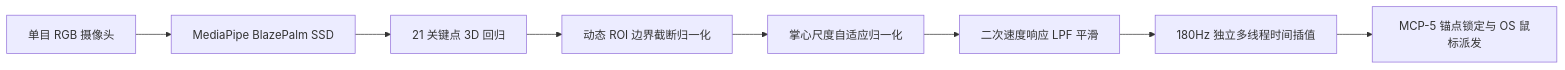
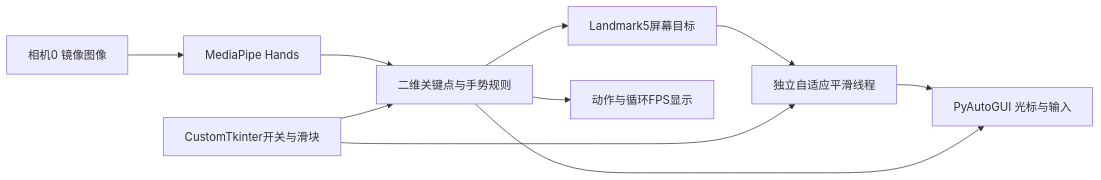
Before and after one commit to DongFengPo1412/Virtual-Mouse-and-Gesture-Control-System: the diagram in README.md, drawn with Mermaid. The commit also changed other lines of this file and 8 other files, not shown here.

````diff
--- a/README.md
+++ b/README.md
@@ -79,10 +13,12 @@
 ```mermaid
 flowchart LR
-    A[单目 RGB 摄像头] --> B[MediaPipe BlazePalm SSD]
-    B --> C[21 关键点 3D 回归]
-    C --> D[动态 ROI 边界截断归一化]
-    D --> E[掌心尺度自适应归一化]
-    E --> F[二次速度响应 LPF 平滑]
-    F --> G[180Hz 独立多线程时间插值]
-    G --> H[MCP-5 锚点锁定与 OS 鼠标派发]
+    Camera[相机0 镜像图像] --> Hands[MediaPipe Hands]
+    Hands --> Rules[二维关键点与手势规则]
+    Rules --> Target[Landmark5屏幕目标]
+    Target --> Smooth[独立自适应平滑线程]
+    Smooth --> OS[PyAutoGUI 光标与输入]
+    Rules --> OS
+    GUI[CustomTkinter开关与滑块] --> Rules
+    GUI --> Smooth
+    Rules --> Status[动作与循环FPS显示]
 ```
````
